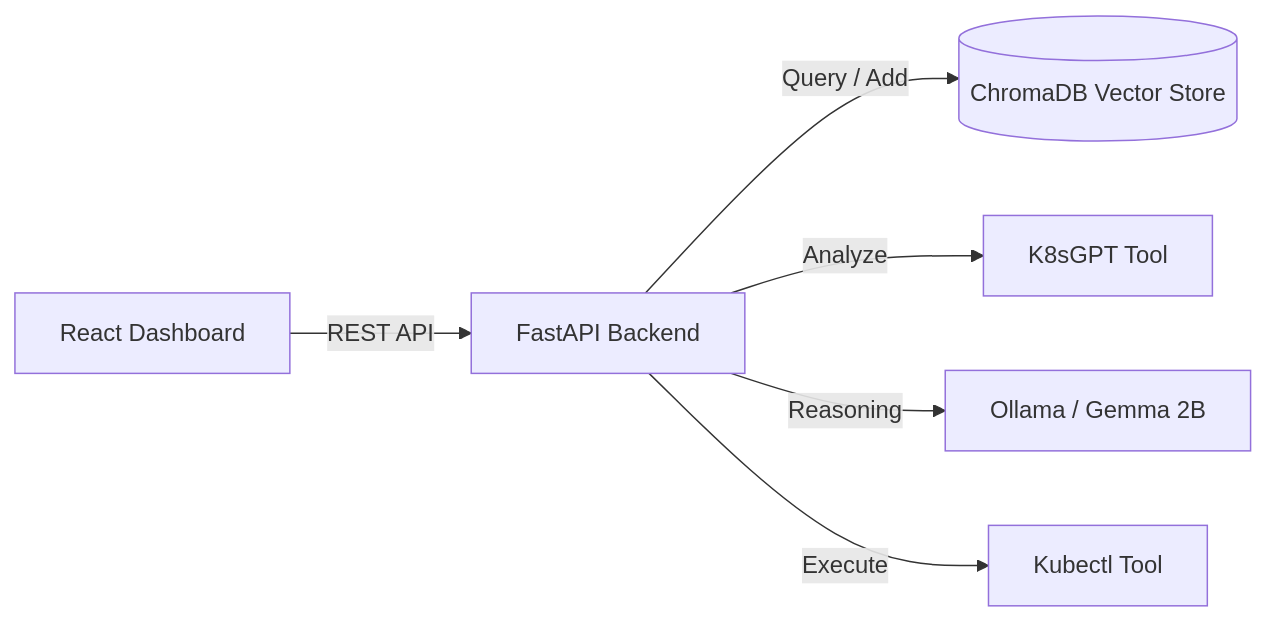
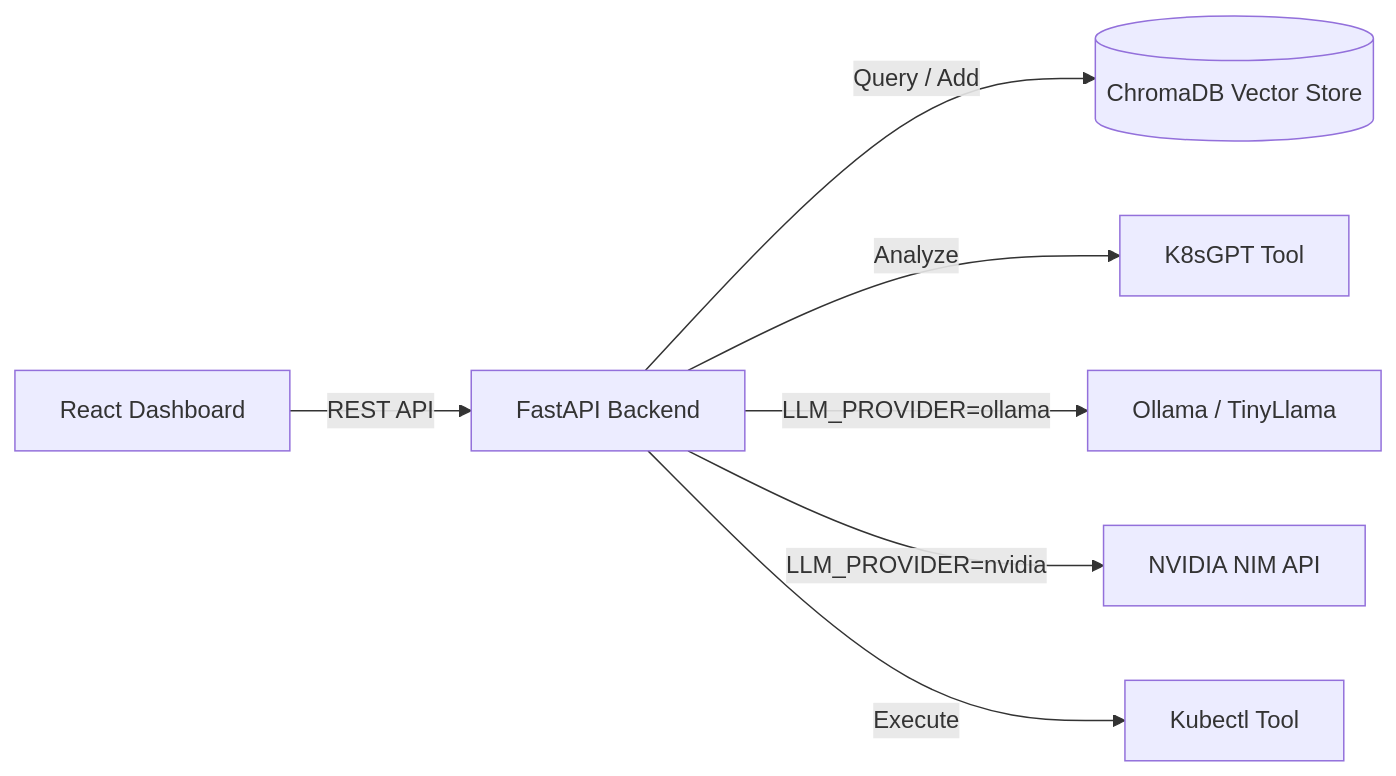
Before and after one commit to barbaria888/KubeOps-AI: the diagram in README.md, drawn with Mermaid. The commit also changed other lines of this file and 12 other files, not shown here.

````diff
--- a/README.md
+++ b/README.md
@@ -36,8 +41,9 @@
   ```mermaid
   graph LR
       A[React Dashboard] -->|REST API| B[FastAPI Backend]
       B -->|Query / Add| C[(ChromaDB Vector Store)]
       B -->|Analyze| D[K8sGPT Tool]
-      B -->|Reasoning| E[Ollama / Gemma 2B]
+      B -->|LLM_PROVIDER=ollama| E[Ollama / TinyLlama]
+      B -->|LLM_PROVIDER=nvidia| G[NVIDIA NIM API]
       B -->|Execute| F[Kubectl Tool]
   ```
````
